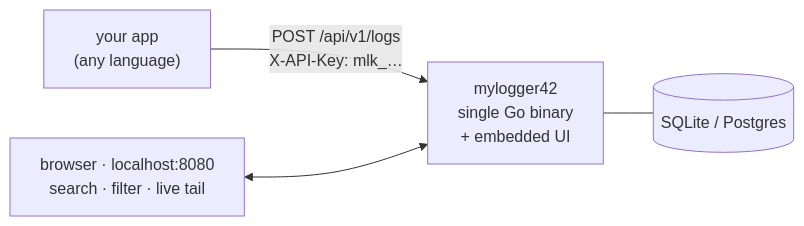
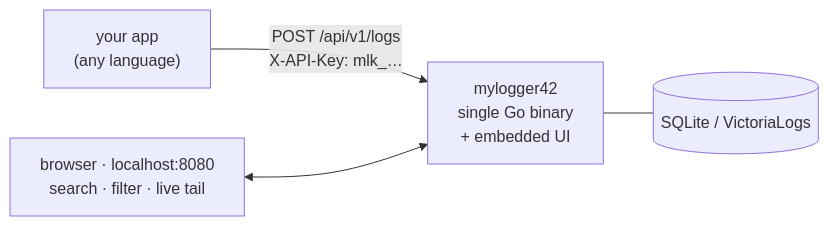
Before and after one commit to MyLogger42/MyLogger42: the diagram in README.md, drawn with Mermaid. The commit also changed other lines of this file and 16 other files, not shown here.

First line of the commit message:
feat(store): add VictoriaLogs as the optional log engine

````diff
--- a/README.md
+++ b/README.md
@@ -63,6 +63,6 @@
 ```mermaid
 flowchart LR
     app["your app<br/>(any language)"] -- "POST /api/v1/logs<br/>X-API-Key: mlk_…" --> server["mylogger42<br/>single Go binary<br/>+ embedded UI"]
-    server --- db[("SQLite / Postgres")]
+    server --- db[("SQLite / VictoriaLogs")]
     browser["browser · localhost:8080<br/>search · filter · live tail"] <--> server
 ```
````
